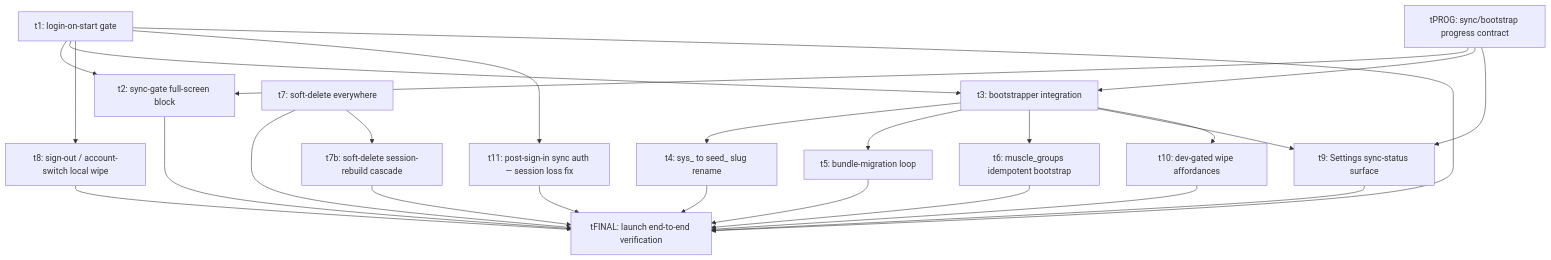
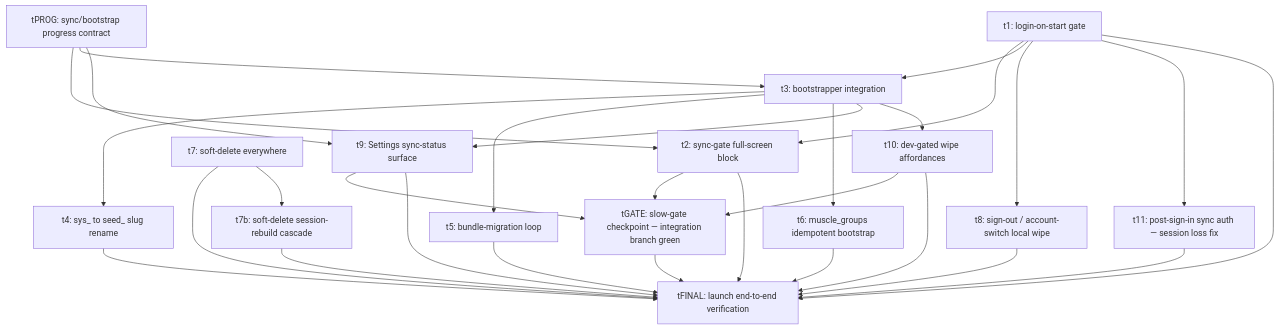
The diagram in docs/plans/sync-v2-launch/plan.md (Brotherhood-of-Ghisa/BOGA3), drawn with Mermaid before and after one commit. The commit also changed other lines of this file and 1 other file, not shown here.

Commit message:
chore(sync-v2-launch): add tGATE slow-gate checkpoint (barrier before tFINAL)

````diff
--- a/docs/plans/sync-v2-launch/plan.md
+++ b/docs/plans/sync-v2-launch/plan.md
@@ -116,44 +116,49 @@
 ```mermaid
 graph TD
   tPROG[tPROG: sync/bootstrap progress contract]
   t1[t1: login-on-start gate]
   t2[t2: sync-gate full-screen block]
   t3[t3: bootstrapper integration]
   t4[t4: sys_ to seed_ slug rename]
   t5[t5: bundle-migration loop]
   t6[t6: muscle_groups idempotent bootstrap]
   t7[t7: soft-delete everywhere]
   t7b[t7b: soft-delete session-rebuild cascade]
   t8[t8: sign-out / account-switch local wipe]
   t9[t9: Settings sync-status surface]
   t10[t10: dev-gated wipe affordances]
   t11[t11: post-sign-in sync auth — session loss fix]
+  tGATE[tGATE: slow-gate checkpoint — integration branch green]
   tFINAL[tFINAL: launch end-to-end verification]
 
   tPROG --> t2
   tPROG --> t3
   tPROG --> t9
 
   t1 --> t2
   t1 --> t3
   t1 --> t8
   t3 --> t4
   t3 --> t5
   t3 --> t6
   t3 --> t9
   t3 --> t10
 
   t1 --> t11
   t11 --> tFINAL
+  t2 --> tGATE
+  t9 --> tGATE
+  t10 --> tGATE
+  tGATE --> tFINAL
   t1 --> tFINAL
   t2 --> tFINAL
   t4 --> tFINAL
   t5 --> tFINAL
   t6 --> tFINAL
   t7 --> tFINAL
   t7 --> t7b
   t7b --> tFINAL
   t8 --> tFINAL
   t9 --> tFINAL
   t10 --> tFINAL
 ```
````
